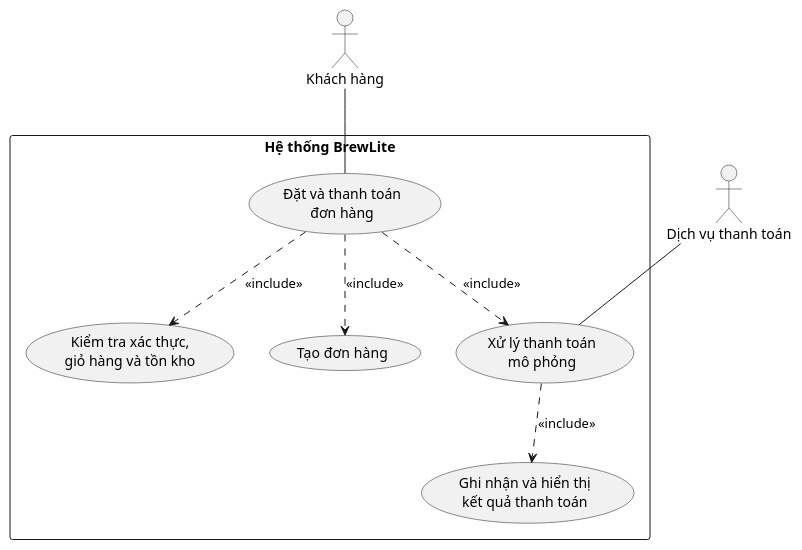
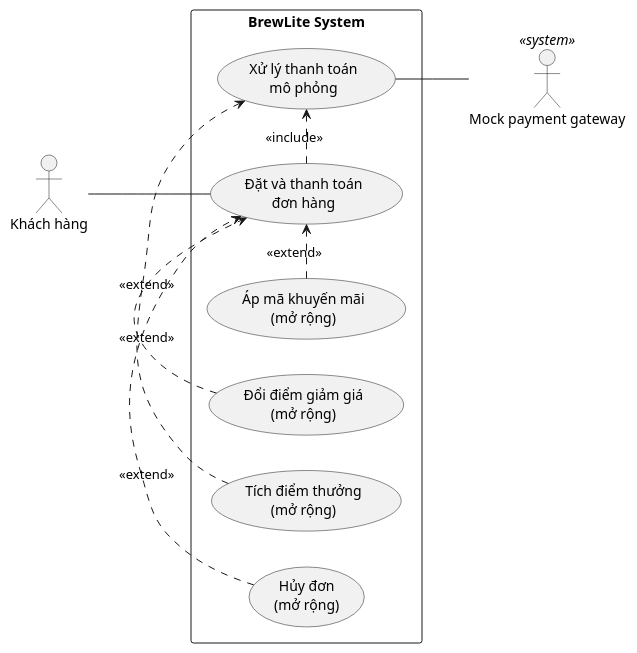
One commit to Tuan250206/BrewLite_Assignment2 changed the diagram in docs/diagrams/use-case-place-and-pay.puml. Above: the diagram before and after it, drawn with PlantUML. The commit also changed 4 other files, not shown here.

Commit message:
chinh sua noi dung task 1.2 va task 1.3 - so do use case  dat va thanh toan hoan

```diff
--- a/docs/diagrams/use-case-place-and-pay.puml
+++ b/docs/diagrams/use-case-place-and-pay.puml
@@ -1,22 +1,26 @@
-@startuml
+@startuml use-case-place-and-pay
+left to right direction
+skinparam packageStyle rectangle
 
 actor "Khách hàng" as Customer
-actor "Dịch vụ thanh toán" as PaymentService
+actor "Mock payment gateway" as Payment <<system>>
 
-rectangle "Hệ thống BrewLite" {
-  usecase "Đặt và thanh toán\nđơn hàng" as UC_Main
-  usecase "Kiểm tra xác thực,\ngiỏ hàng và tồn kho" as UC_Validate
-  usecase "Tạo đơn hàng" as UC_CreateOrder
-  usecase "Xử lý thanh toán\nmô phỏng" as UC_Payment
-  usecase "Ghi nhận và hiển thị\nkết quả thanh toán" as UC_Result
+rectangle "BrewLite System" {
+  usecase "Đặt và thanh toán\nđơn hàng" as UC_Order
+  usecase "Xử lý thanh toán\nmô phỏng" as UC_Pay
+
+  usecase "Áp mã khuyến mãi\n(mở rộng)" as UC_Promo
+  usecase "Đổi điểm giảm giá\n(mở rộng)" as UC_Redeem
+  usecase "Tích điểm thưởng\n(mở rộng)" as UC_Earn
+  usecase "Hủy đơn\n(mở rộng)" as UC_Cancel
 }
 
-Customer -- UC_Main
-PaymentService -- UC_Payment
+Customer -- UC_Order
+UC_Pay -- Payment
 
-UC_Main ..> UC_Validate : <<include>>
-UC_Main ..> UC_CreateOrder : <<include>>
-UC_Main ..> UC_Payment : <<include>>
-UC_Payment ..> UC_Result : <<include>>
-
+UC_Order .> UC_Pay : <<include>>
+UC_Promo .> UC_Order : <<extend>>
+UC_Redeem .> UC_Order : <<extend>>
+UC_Earn .> UC_Pay : <<extend>>
+UC_Cancel .> UC_Order : <<extend>>
 @enduml
```
